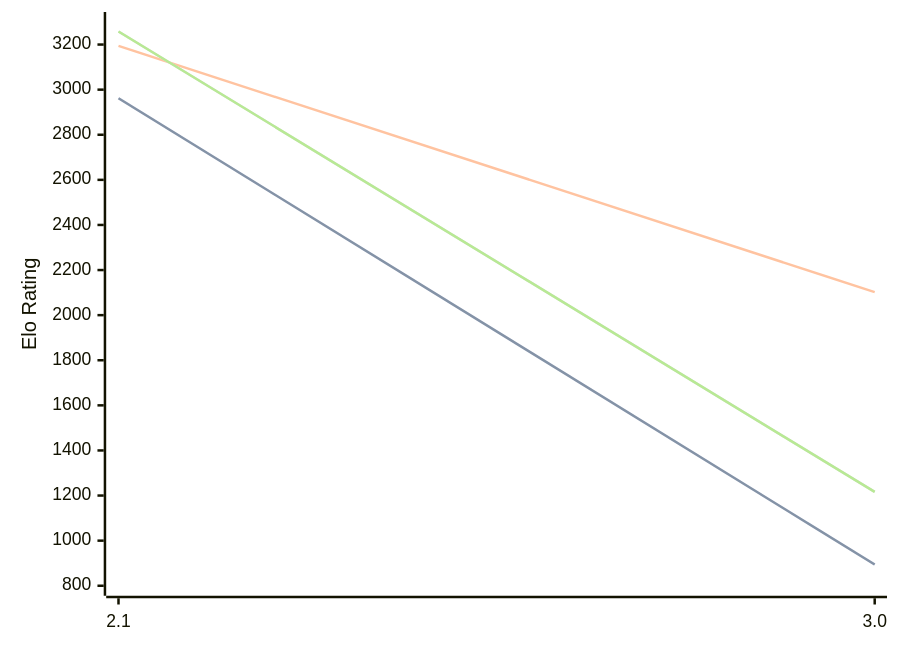
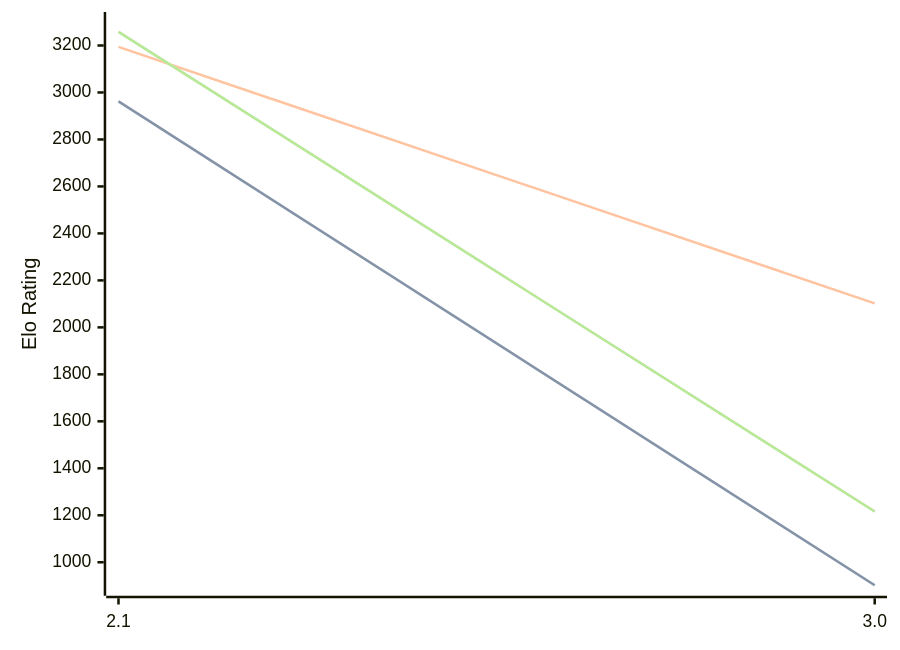
The diagram in engines/Quirky.md (computer-chess-index/cci), drawn with Mermaid before and after one commit. The commit also changed other lines of this file, not shown here.

Commit message:
Update CCI Ratings (ELO VLTC) - 2026-09-18

````diff
--- a/engines/Quirky.md
+++ b/engines/Quirky.md
@@ -32,11 +32,11 @@
 ```mermaid
 %%{init: {"theme":"base","themeVariables":{"seriesColors:['#a3a3a3','#222221','#faa371']}}}%%
 xychart-beta
   x-axis ["2.1", "3.0"]
-  y-axis "Elo Rating" 800 --> 3300
-  line "" [2962, 894]
-  line "STC (8.0+0.08s)" [2962, 894]
+  y-axis "Elo Rating" 900 --> 3300
+  line "" [2962, 902]
+  line "STC (8.0+0.08s)" [2962, 902]
   line "LTC (60.0+0.60s)" [3194, 2102]
   line "" [3258, 1216]
   line "VLTC (2m24s+1.12s)" [3258, 1216]
 ```
````
